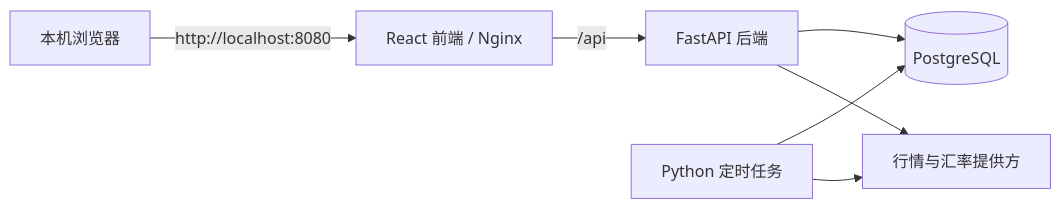
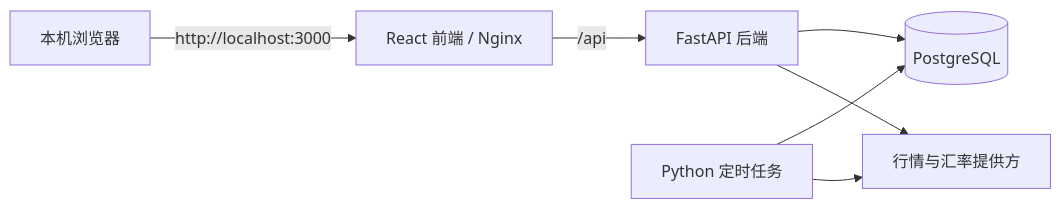
Before and after one commit to G-CR/portfolio-rebalancer: the diagram in docs/superpowers/specs/2026-07-13-portfolio-rebalancer-design.md, drawn with Mermaid. The commit also changed other lines of this file and 3 other files, not shown here.

````diff
--- a/docs/superpowers/specs/2026-07-13-portfolio-rebalancer-design.md
+++ b/docs/superpowers/specs/2026-07-13-portfolio-rebalancer-design.md
@@ -88,9 +88,9 @@
 ```mermaid
 flowchart LR
-    B["本机浏览器"] -->|"http://localhost:8080"| F["React 前端 / Nginx"]
+    B["本机浏览器"] -->|"http://localhost:3000"| F["React 前端 / Nginx"]
     F -->|"/api"| A["FastAPI 后端"]
     A --> D[("PostgreSQL")]
     W["Python 定时任务"] --> D
     W --> P["行情与汇率提供方"]
     A --> P
 ```
````
